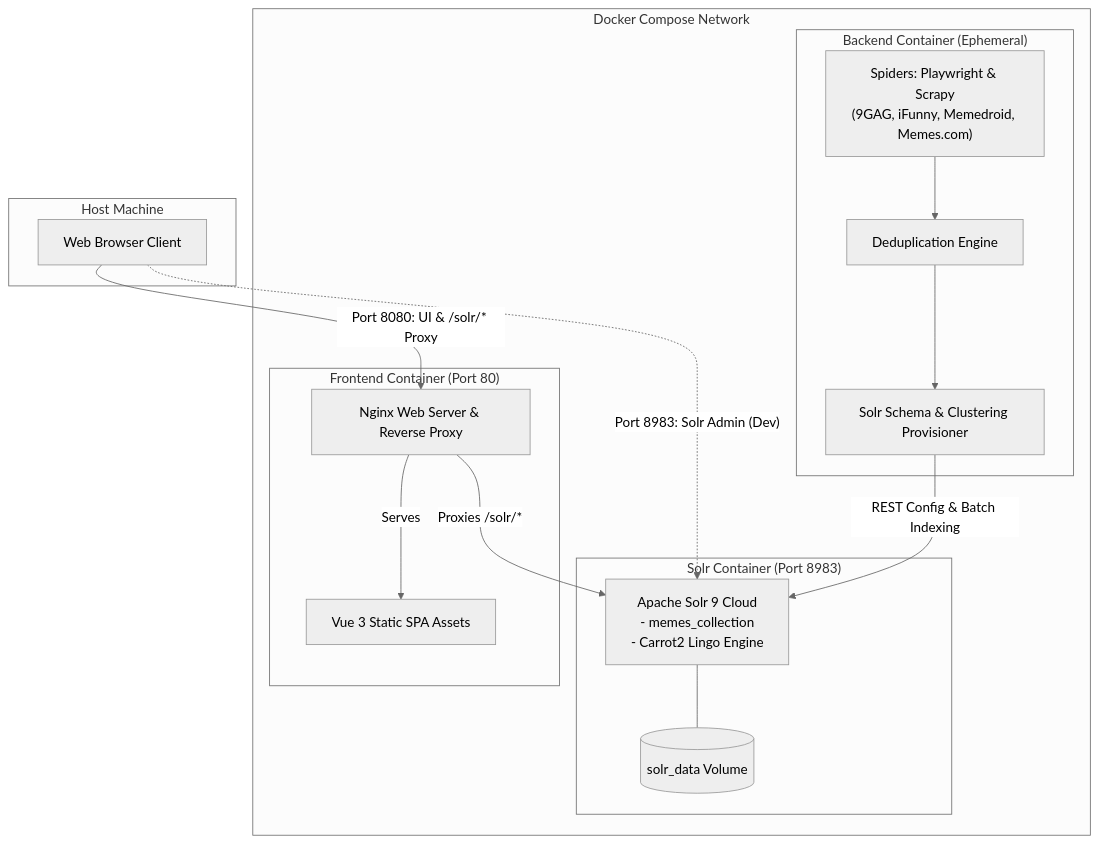
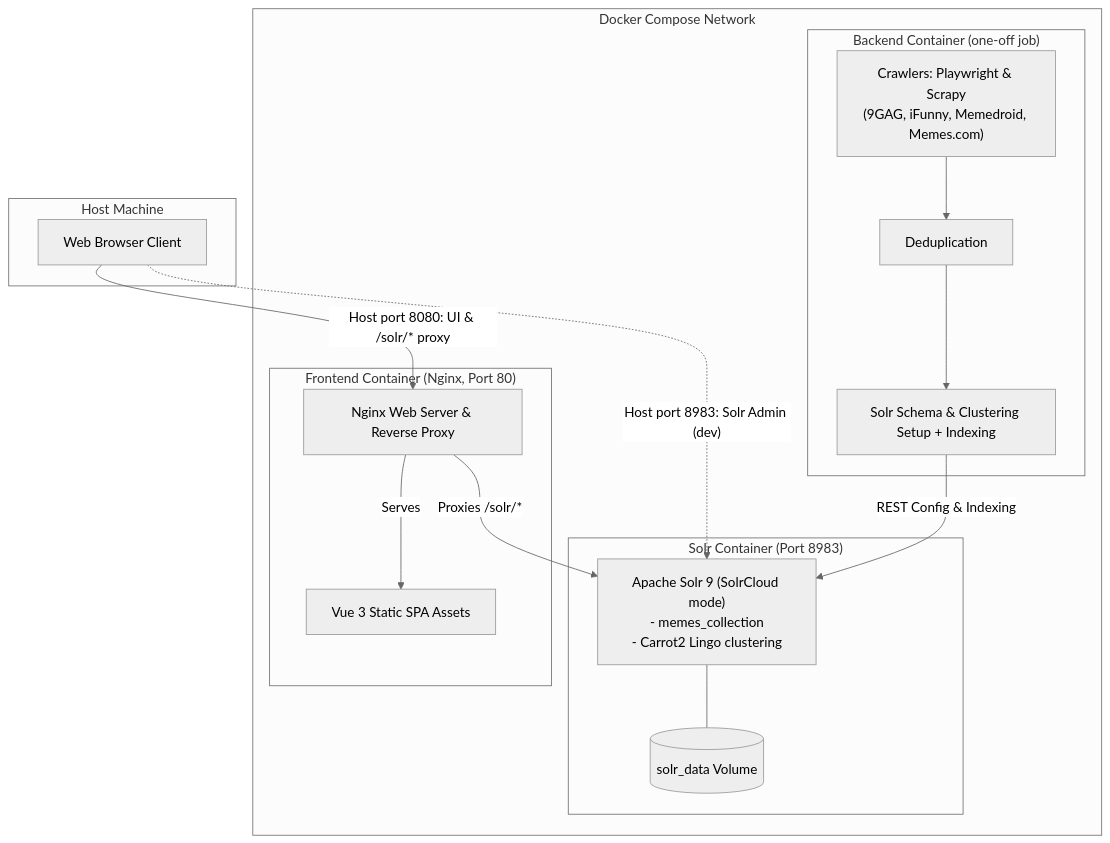
The diagram in README.md (simo-macca/meme-search-engine), drawn with Mermaid (neutral theme) before and after one commit. The commit also changed other lines of this file and 5 other files, not shown here.

````diff
--- a/README.md
+++ b/README.md
@@ -23,33 +25,33 @@
 ```mermaid
 flowchart TB
     subgraph Host["Host Machine"]
         BROWSER["Web Browser Client"]
     end
 
     subgraph DockerNet["Docker Compose Network"]
-        subgraph BackendService["Backend Container (Ephemeral)"]
-            SP["Spiders: Playwright & Scrapy<br/>(9GAG, iFunny, Memedroid, Memes.com)"]
-            DEDUP["Deduplication Engine"]
-            PROV["Solr Schema & Clustering Provisioner"]
+        subgraph BackendService["Backend Container (one-off job)"]
+            SP["Crawlers: Playwright & Scrapy<br/>(9GAG, iFunny, Memedroid, Memes.com)"]
+            DEDUP["Deduplication"]
+            PROV["Solr Schema & Clustering Setup + Indexing"]
             SP --> DEDUP --> PROV
         end
 
         subgraph SolrService["Solr Container (Port 8983)"]
-            SOLR["Apache Solr 9 Cloud<br/>- memes_collection<br/>- Carrot2 Lingo Engine"]
+            SOLR["Apache Solr 9 (SolrCloud mode)<br/>- memes_collection<br/>- Carrot2 Lingo clustering"]
             VOL[("solr_data Volume")]
             SOLR --- VOL
         end
 
-        subgraph FrontendService["Frontend Container (Port 80)"]
+        subgraph FrontendService["Frontend Container (Nginx, Port 80)"]
             NGINX["Nginx Web Server & Reverse Proxy"]
             VUE["Vue 3 Static SPA Assets"]
             NGINX -->|Serves| VUE
         end
 
-        PROV -->|REST Config & Batch Indexing| SOLR
+        PROV -->|REST Config & Indexing| SOLR
         NGINX -->|Proxies /solr/*| SOLR
     end
 
-    BROWSER -->|Port 8080: UI & /solr/* Proxy| NGINX
-    BROWSER -. "Port 8983: Solr Admin (Dev)" .-> SOLR
+    BROWSER -->|Host port 8080: UI & /solr/* proxy| NGINX
+    BROWSER -. "Host port 8983: Solr Admin (dev)" .-> SOLR
 ```
````
